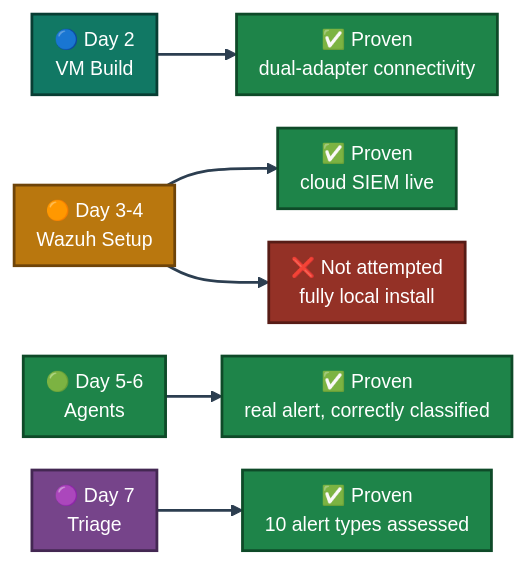
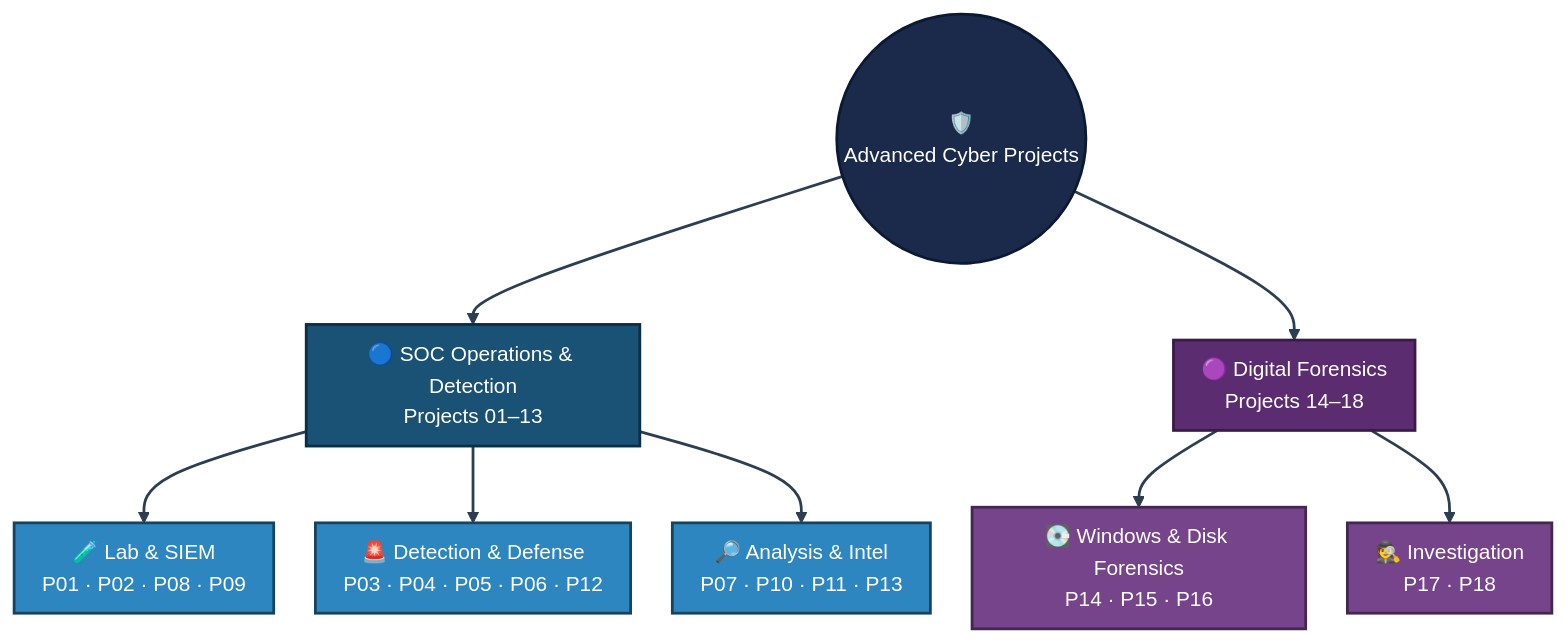
Before and after one commit to malaika-azhar/Cybersecurity-Lab-Projects: the second of 2 diagrams in 3-Advanced-Cyber-Projects/README.md, drawn with Mermaid. The commit also changed other lines of this file, not shown here.

````diff
--- a/3-Advanced-Cyber-Projects/README.md
+++ b/3-Advanced-Cyber-Projects/README.md
@@ -368,16 +161,17 @@
 ```mermaid
-%%{init: {'theme': 'base', 'themeVariables': {'fontSize': '14px'}, 'flowchart': {'nodeSpacing': 24, 'rankSpacing': 34, 'padding': 8}}}%%
-flowchart LR
-    D2["🔵 Day 2<br/>VM Build"]:::d2 --> P1["✅ Proven<br/>dual-adapter connectivity"]:::ok
-    D34["🟠 Day 3-4<br/>Wazuh Setup"]:::d34 --> P2["✅ Proven<br/>cloud SIEM live"]:::ok
-    D34 --> N2["❌ Not attempted<br/>fully local install"]:::bad
-    D56["🟢 Day 5-6<br/>Agents"]:::d56 --> P3["✅ Proven<br/>real alert, correctly classified"]:::ok
-    D7["🟣 Day 7<br/>Triage"]:::d7 --> P4["✅ Proven<br/>10 alert types assessed"]:::ok
-    classDef d2 fill:#117864,stroke:#083D33,stroke-width:2px,color:#FFFFFF
-    classDef d34 fill:#B9770E,stroke:#6E4409,stroke-width:2px,color:#FFFFFF
-    classDef d56 fill:#1E8449,stroke:#0E4A28,stroke-width:2px,color:#FFFFFF
-    classDef d7 fill:#76448A,stroke:#432752,stroke-width:2px,color:#FFFFFF
-    classDef ok fill:#1E8449,stroke:#0E4A28,stroke-width:2px,color:#FFFFFF
-    classDef bad fill:#943126,stroke:#571C16,stroke-width:2px,color:#FFFFFF
+%%{init: {'theme': 'base', 'themeVariables': {'fontSize': '15px'}, 'flowchart': {'nodeSpacing': 30, 'rankSpacing': 44, 'padding': 10}}}%%
+flowchart TB
+    ROOT(("🛡️<br/>Advanced Cyber Projects")):::root --> SOC["🔵 SOC Operations & Detection<br/>Projects 01–13"]:::blue
+    ROOT --> DFIR["🟣 Digital Forensics<br/>Projects 14–18"]:::purple
+    SOC --> S1["🧪 Lab & SIEM<br/>P01 · P02 · P08 · P09"]:::leafBlue
+    SOC --> S2["🚨 Detection & Defense<br/>P03 · P04 · P05 · P06 · P12"]:::leafBlue
+    SOC --> S3["🔎 Analysis & Intel<br/>P07 · P10 · P11 · P13"]:::leafBlue
+    DFIR --> F1["💽 Windows & Disk Forensics<br/>P14 · P15 · P16"]:::leafPurple
+    DFIR --> F2["🕵️ Investigation<br/>P17 · P18"]:::leafPurple
+    classDef root fill:#1B2A4A,stroke:#0B1A33,stroke-width:2px,color:#FFFFFF
+    classDef blue fill:#1A5276,stroke:#0B2E43,stroke-width:2px,color:#FFFFFF
+    classDef purple fill:#5B2C6F,stroke:#3B1A48,stroke-width:2px,color:#FFFFFF
+    classDef leafBlue fill:#2E86C1,stroke:#154360,stroke-width:2px,color:#FFFFFF
+    classDef leafPurple fill:#76448A,stroke:#432752,stroke-width:2px,color:#FFFFFF
     linkStyle default stroke:#2C3E50,stroke-width:2px
 ```
````
